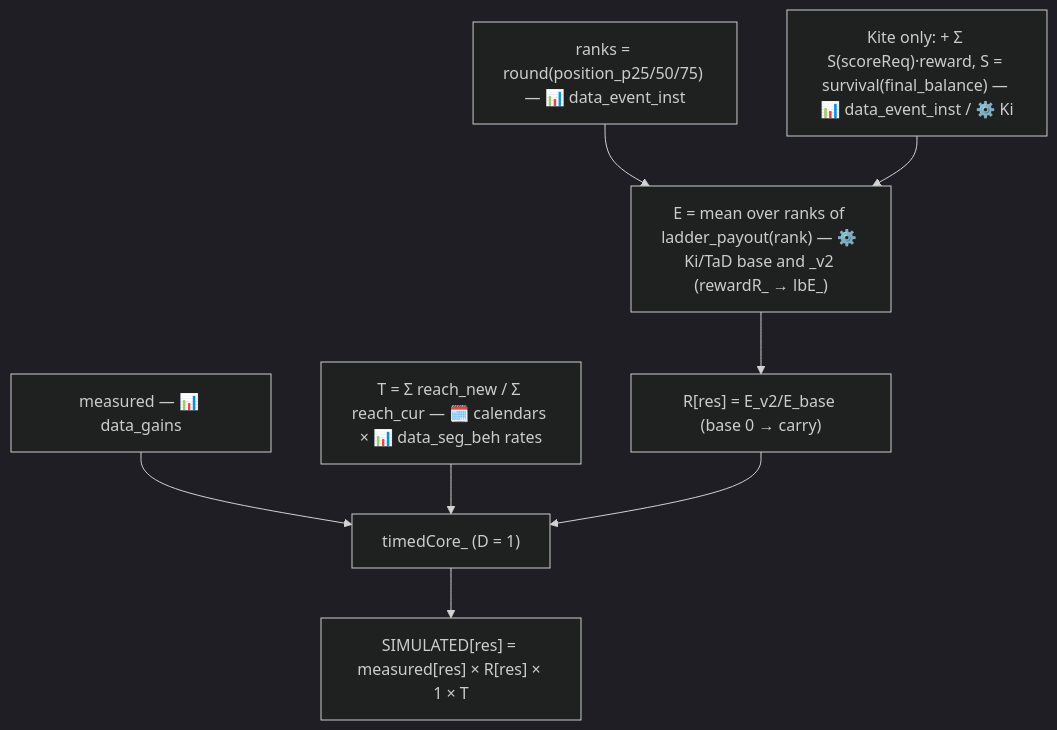
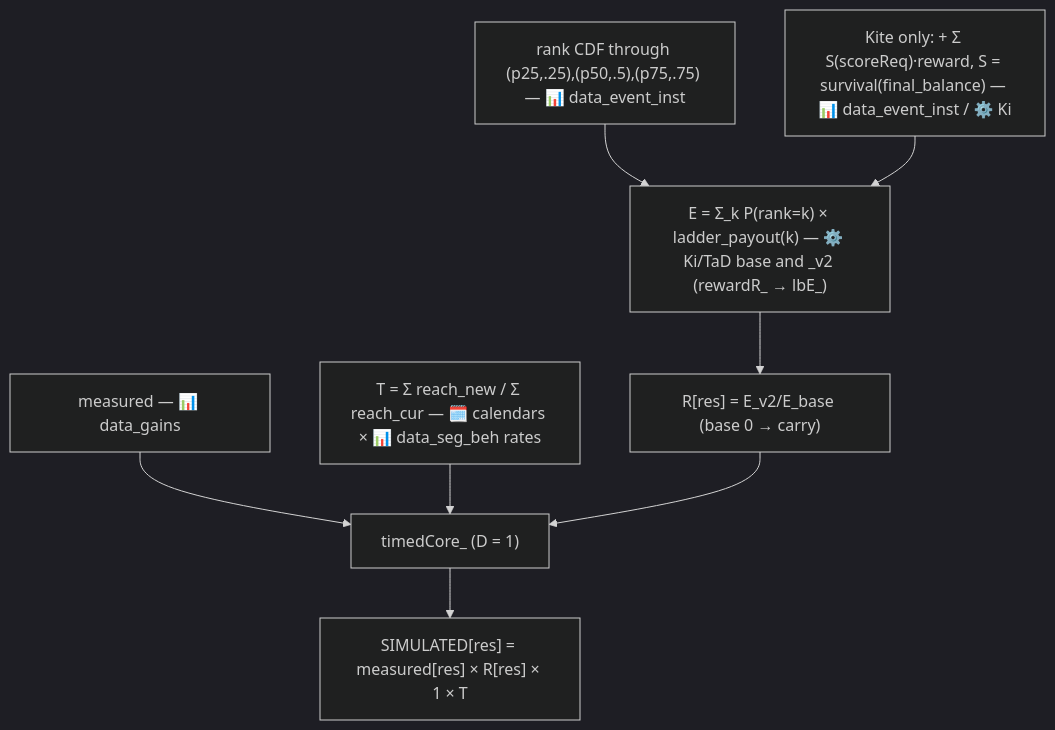
The fifth of 12 diagrams in SIMULATION_METHODOLOGY.md (Teatree/r_live_ops_2), drawn with Mermaid (dark theme) before and after one commit. The commit also changed other lines of this file and 2 other files, not shown here.

First line of the commit message:
Docs: the leaderboard rank axis is a distribution now (D25 / D25a)

````diff
--- a/SIMULATION_METHODOLOGY.md
+++ b/SIMULATION_METHODOLOGY.md
@@ -628,10 +628,10 @@
 ```mermaid
 flowchart TD
   M["measured — 📊 data_gains"] --> CORE["timedCore_ (D = 1)"]
   T["T = Σ reach_new / Σ reach_cur — 🗓️ calendars × 📊 data_seg_beh rates"] --> CORE
-  RANK["ranks = round(position_p25/50/75) — 📊 data_event_inst"] --> E["E = mean over ranks of ladder_payout(rank) — ⚙️ Ki/TaD base and _v2 (rewardR_ → lbE_)"]
+  RANK["rank CDF through (p25,.25),(p50,.5),(p75,.75) — 📊 data_event_inst"] --> E["E = Σ_k P(rank=k) × ladder_payout(k) — ⚙️ Ki/TaD base and _v2 (rewardR_ → lbE_)"]
   KITE["Kite only: + Σ S(scoreReq)·reward, S = survival(final_balance) — 📊 data_event_inst / ⚙️ Ki"] --> E
   E --> R["R[res] = E_v2/E_base (base 0 → carry)"]
   R --> CORE
   CORE --> OUT["SIMULATED[res] = measured[res] × R[res] × 1 × T"]
 ```
````
